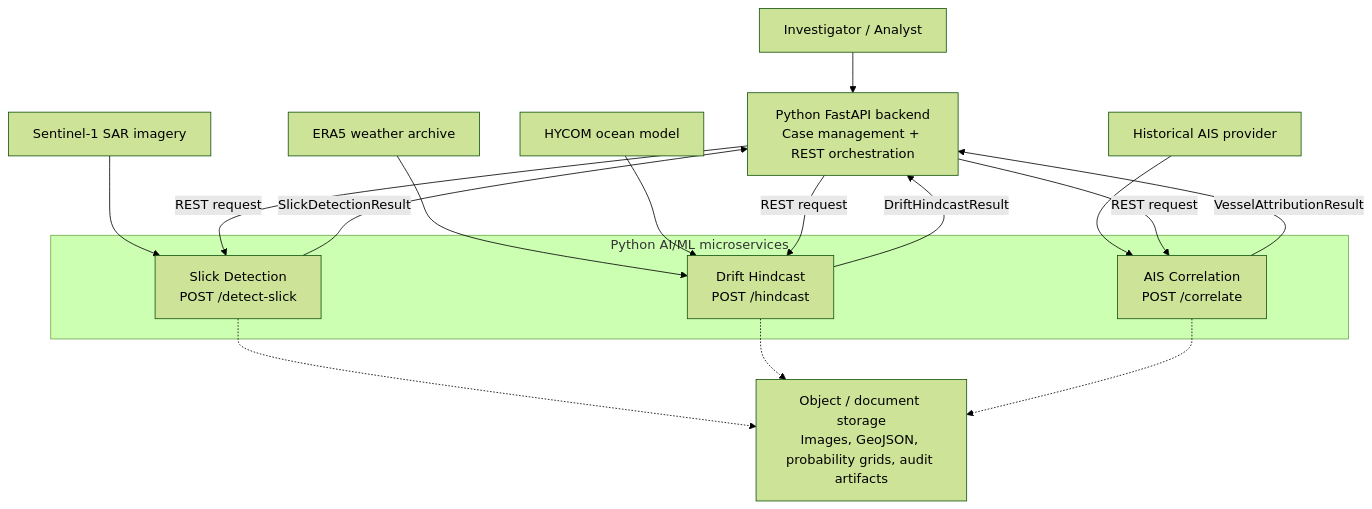
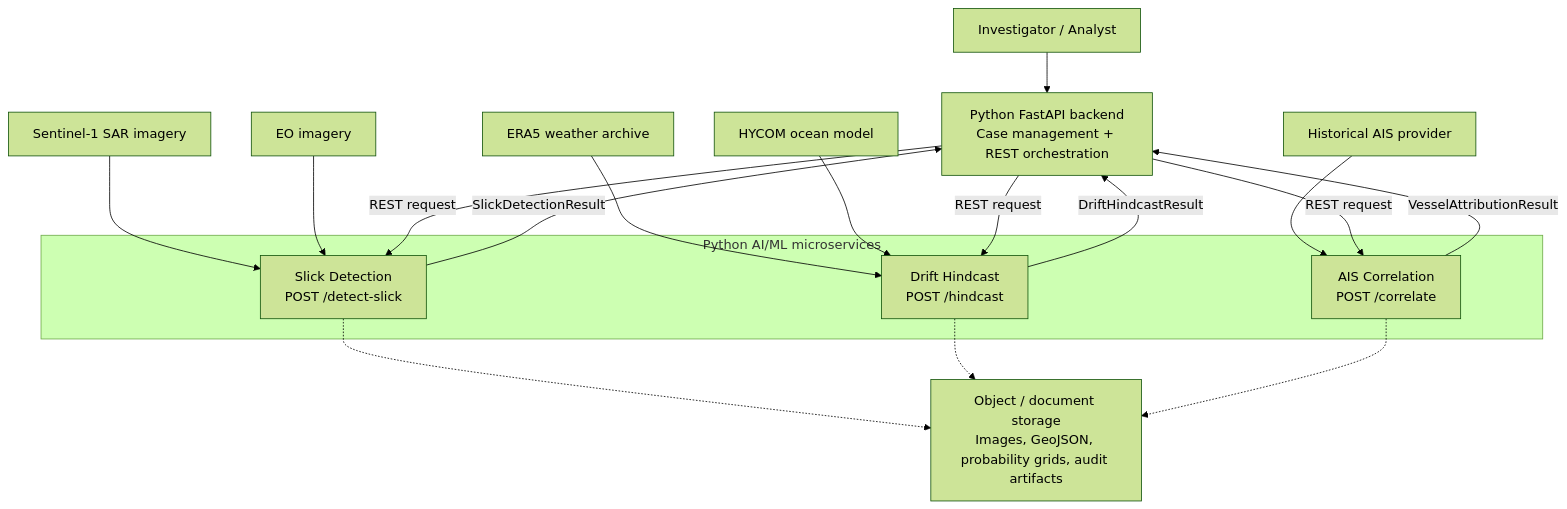
Before and after one commit to ankushkumar14092-dot/sih-architecture: the second of 25 diagrams in ai-ml-maritime-oil-spill-architecture.md, drawn with Mermaid (forest theme). The commit also changed other lines of this file and 1 other file, not shown here.

Commit message:
Align architecture with SIH26143 requirements

````diff
--- a/ai-ml-maritime-oil-spill-architecture.md
+++ b/ai-ml-maritime-oil-spill-architecture.md
@@ -94,32 +102,34 @@
 ```mermaid
 flowchart TB
     OPERATOR["Investigator / Analyst"]
     SAT["Sentinel-1 SAR imagery"]
+    EO["EO imagery"]
     WEATHER["ERA5 weather archive"]
     CURRENT["HYCOM ocean model"]
     AISDATA["Historical AIS provider"]
 
     BACKEND["Python FastAPI backend\nCase management + REST orchestration"]
 
     subgraph AI["Python AI/ML microservices"]
         DETECT["Slick Detection\nPOST /detect-slick"]
         HINDCAST["Drift Hindcast\nPOST /hindcast"]
         CORRELATE["AIS Correlation\nPOST /correlate"]
     end
 
     STORE["Object / document storage\nImages, GeoJSON, probability grids, audit artifacts"]
     OPERATOR --> BACKEND
     SAT --> DETECT
+    EO --> DETECT
     WEATHER --> HINDCAST
     CURRENT --> HINDCAST
     AISDATA --> CORRELATE
     BACKEND -->|REST request| DETECT
     DETECT -->|SlickDetectionResult| BACKEND
     BACKEND -->|REST request| HINDCAST
     HINDCAST -->|DriftHindcastResult| BACKEND
     BACKEND -->|REST request| CORRELATE
     CORRELATE -->|VesselAttributionResult| BACKEND
     DETECT -.-> STORE
     HINDCAST -.-> STORE
     CORRELATE -.-> STORE
 ```
````
